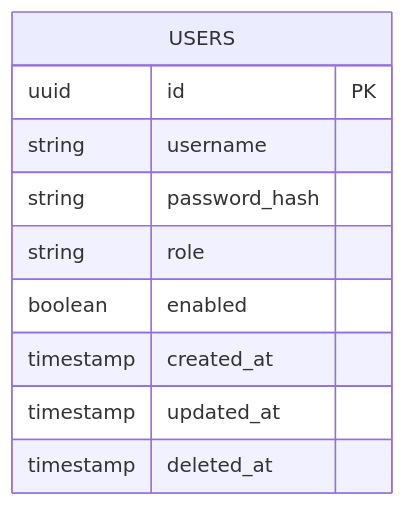
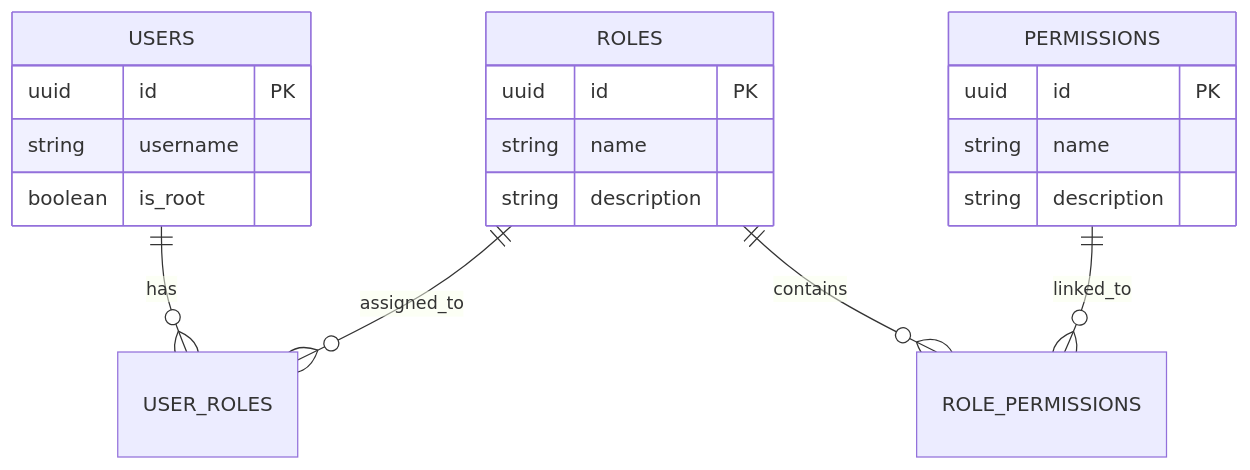
One commit to MatthewTaormina/Gemini-Web-UI changed the diagram in docs/database.md. Above: the diagram before and after it, drawn with Mermaid. The commit also changed other lines of this file and 5 other files, not shown here.

Commit message:
feat: implement fine-grained RBAC with roles and permissions tables

````diff
--- a/docs/database.md
+++ b/docs/database.md
@@ -34,13 +61,23 @@
 ```mermaid
 erDiagram
+    USERS ||--o{ USER_ROLES : has
+    ROLES ||--o{ USER_ROLES : assigned_to
+    ROLES ||--o{ ROLE_PERMISSIONS : contains
+    PERMISSIONS ||--o{ ROLE_PERMISSIONS : linked_to
+
     USERS {
         uuid id PK
         string username
-        string password_hash
-        string role
-        boolean enabled
-        timestamp created_at
-        timestamp updated_at
-        timestamp deleted_at
+        boolean is_root
+    }
+    ROLES {
+        uuid id PK
+        string name
+        string description
+    }
+    PERMISSIONS {
+        uuid id PK
+        string name
+        string description
     }
 ```
````
